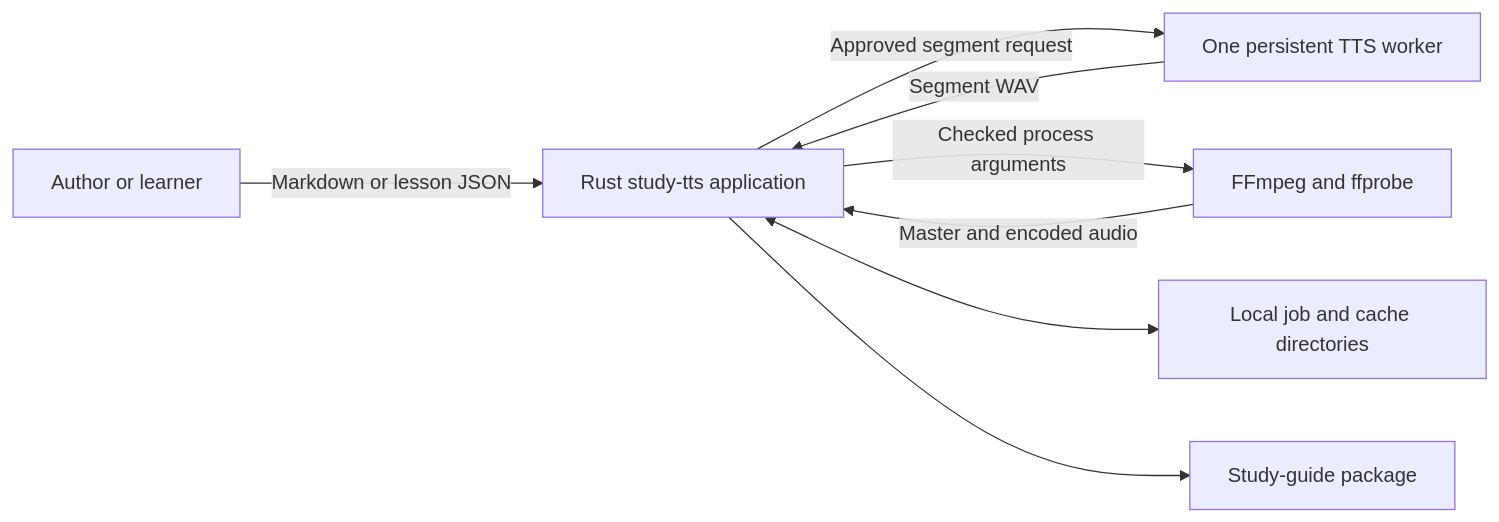
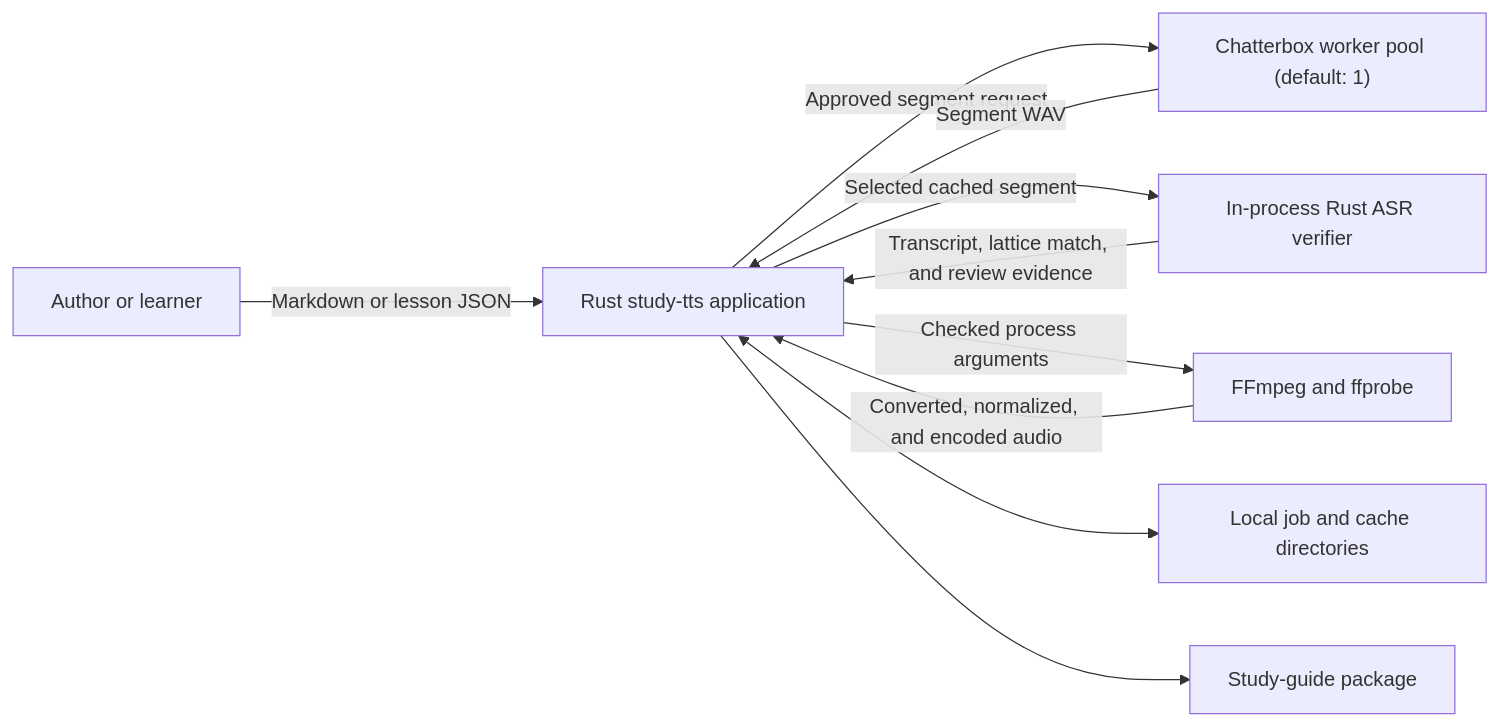
One commit to rsstdd/technical-tts changed the first of 5 diagrams in ADR-0001-production-rust-study-guide-tts.md. Above: the diagram before and after it, drawn with Mermaid. The commit also changed other lines of this file and 1 other file, not shown here.

````diff
--- a/ADR-0001-production-rust-study-guide-tts.md
+++ b/ADR-0001-production-rust-study-guide-tts.md
@@ -246,10 +281,12 @@
 ```mermaid
 flowchart LR
     U["Author or learner"] -->|"Markdown or lesson JSON"| A["Rust study-tts application"]
-    A -->|"Approved segment request"| W["One persistent TTS worker"]
+    A -->|"Approved segment request"| W["Chatterbox worker pool (default: 1)"]
     W -->|"Segment WAV"| A
+    A -->|"Selected cached segment"| V["In-process Rust ASR verifier"]
+    V -->|"Transcript, lattice match, and review evidence"| A
     A -->|"Checked process arguments"| F["FFmpeg and ffprobe"]
-    F -->|"Master and encoded audio"| A
+    F -->|"Converted, normalized, and encoded audio"| A
     A <--> S["Local job and cache directories"]
     A --> O["Study-guide package"]
 ```
````
